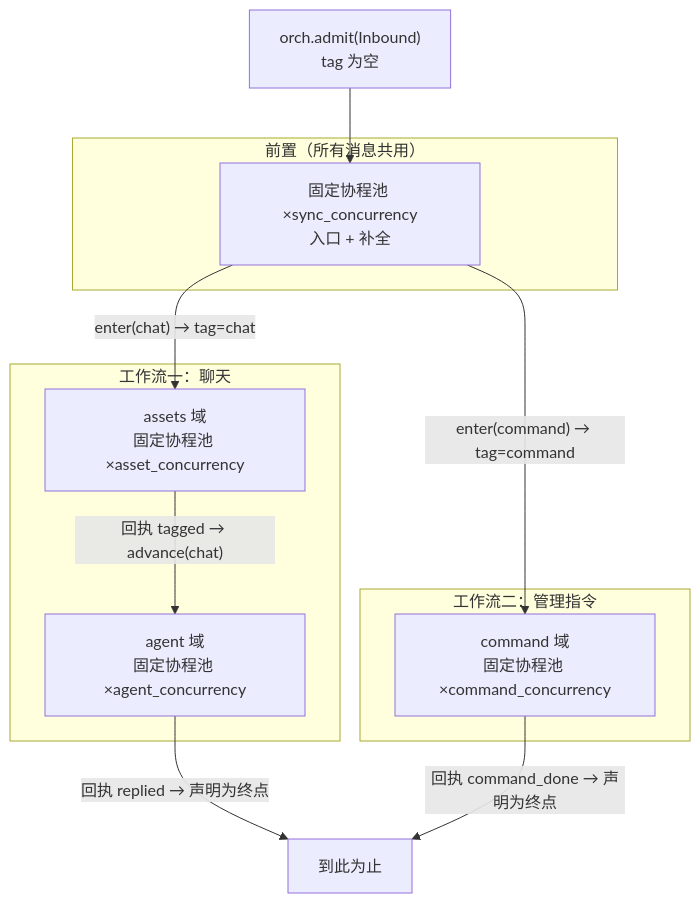
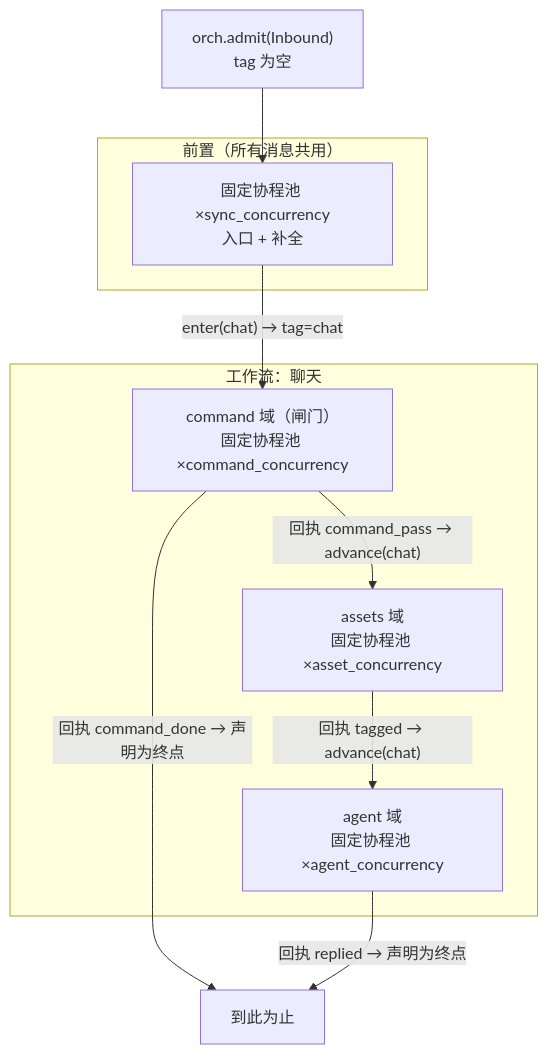
One commit to CanWeakerWriteStrongCode/good-review-master changed the first of 2 diagrams in docs/domains/pipeline.md. Above: the diagram before and after it, drawn with Mermaid. The commit also changed other lines of this file and 30 other files, not shown here.

````diff
--- a/docs/domains/pipeline.md
+++ b/docs/domains/pipeline.md
@@ -59,19 +63,17 @@
 ```mermaid
 flowchart TB
   subgraph "前置（所有消息共用）"
     R0["固定协程池 ×sync_concurrency<br/>入口 + 补全"]
   end
-  subgraph "工作流一：聊天"
+  subgraph "工作流：聊天"
+    PC["command 域（闸门）<br/>固定协程池 ×command_concurrency"]
     P2["assets 域<br/>固定协程池 ×asset_concurrency"]
     P3["agent 域<br/>固定协程池 ×agent_concurrency"]
   end
-  subgraph "工作流二：管理指令"
-    PC["command 域<br/>固定协程池 ×command_concurrency"]
-  end
   IN["orch.admit(Inbound)<br/>tag 为空"] --> R0
-  R0 -->|"enter(chat) → tag=chat"| P2
-  R0 -->|"enter(command) → tag=command"| PC
+  R0 -->|"enter(chat) → tag=chat"| PC
+  PC -->|"回执 command_pass → advance(chat)"| P2
+  PC -->|"回执 command_done → 声明为终点"| EX["到此为止"]
   P2 -->|"回执 tagged → advance(chat)"| P3
-  P3 -->|"回执 replied → 声明为终点"| EX["到此为止"]
-  PC -->|"回执 command_done → 声明为终点"| EX
+  P3 -->|"回执 replied → 声明为终点"| EX
 ```
````
